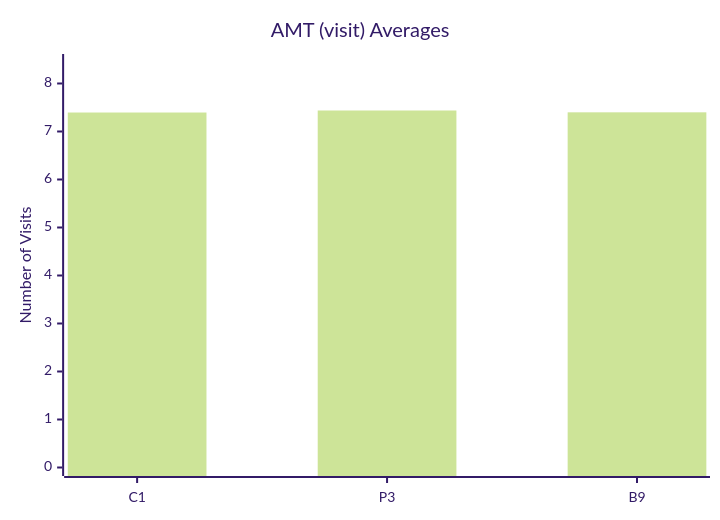
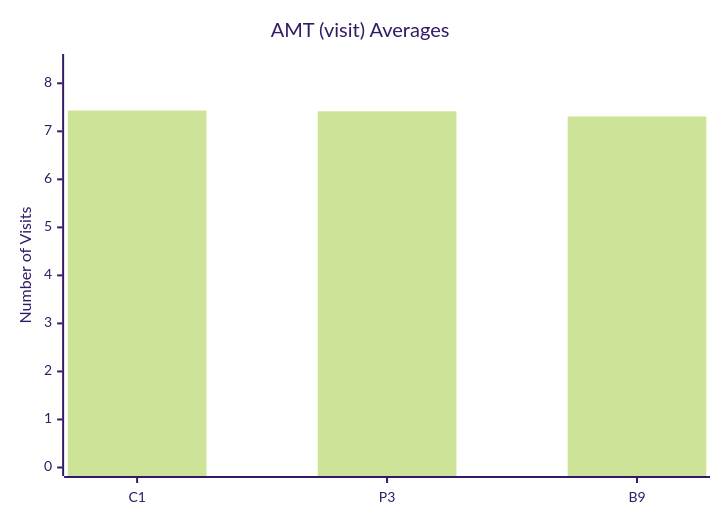
One commit to dhagan-va/intern-2025 changed the tenth of 10 diagrams in test-tools/DataGen/src/Statistics_Visualizer.md. Above: the diagram before and after it, drawn with Mermaid (forest theme). The commit also changed other lines of this file and 2 other files, not shown here.

````diff
--- a/test-tools/DataGen/src/Statistics_Visualizer.md
+++ b/test-tools/DataGen/src/Statistics_Visualizer.md
@@ -108,7 +108,7 @@
 ```mermaid
 xychart-beta
     title "AMT (visit) Averages"
     x-axis ["C1", "P3", "B9"]
-    y-axis "Number of Visits" 0 --> 8.437281359320341
-    bar [7.395302348825587, 7.43728135932034, 7.399300349825087]
+    y-axis "Number of Visits" 0 --> 8.43313373253493
+    bar [7.43313373253493, 7.417165668662674, 7.30938123752495]
 ```
````
